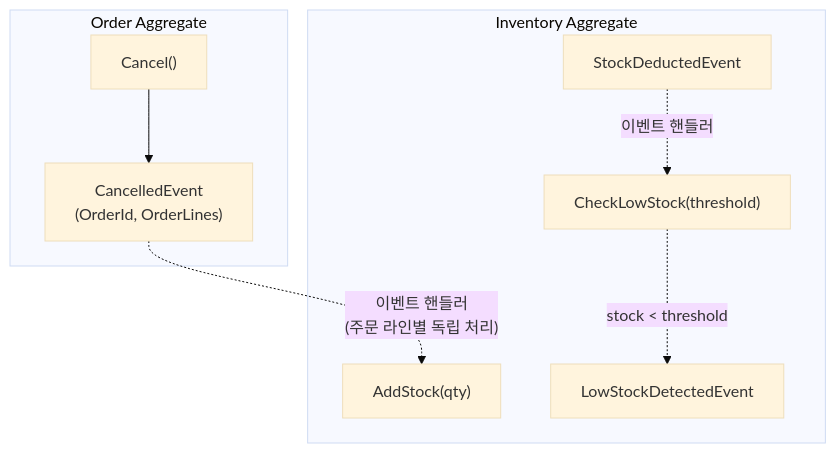
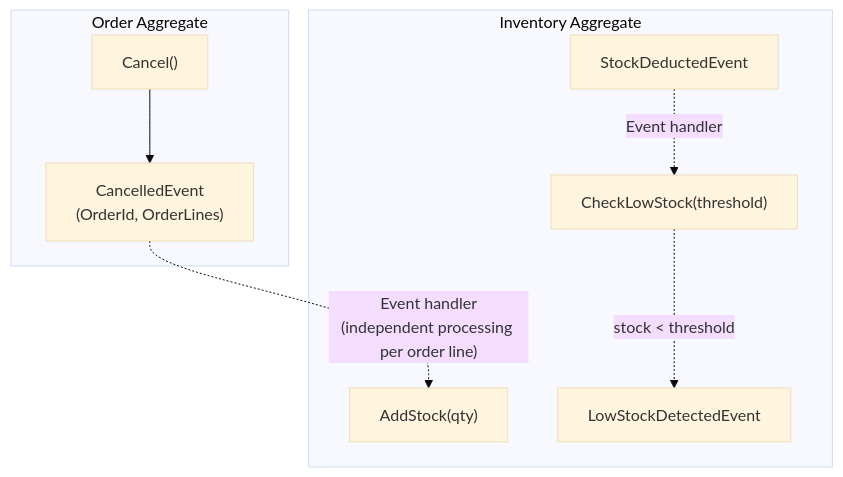
The third of 3 diagrams in Docs.Site/src/content/docs/samples/ecommerce-ddd/domain/00-business-requirements.md (hhko/Functorium), drawn with Mermaid (base theme) before and after one commit. The commit also changed other lines of this file and 39 other files, not shown here.

Commit message:
docs(i18n): ecommerce-ddd 샘플, architecture-rules 튜토리얼, specification 서론 영문 번역

````diff
--- a/Docs.Site/src/content/docs/samples/ecommerce-ddd/domain/00-business-requirements.md
+++ b/Docs.Site/src/content/docs/samples/ecommerce-ddd/domain/00-business-requirements.md
@@ -162,19 +162,19 @@
 ```mermaid
 flowchart TB
     subgraph Order_Aggregate["Order Aggregate"]
         Cancel["Cancel()"]
         CancelledEvent["CancelledEvent\n(OrderId, OrderLines)"]
         Cancel --> CancelledEvent
     end
 
     subgraph Inventory_Aggregate["Inventory Aggregate"]
         AddStock["AddStock(qty)"]
         StockDeductedEvent["StockDeductedEvent"]
         CheckLowStock["CheckLowStock(threshold)"]
         LowStockDetectedEvent["LowStockDetectedEvent"]
         CheckLowStock -.-> |"stock < threshold"| LowStockDetectedEvent
     end
 
-    CancelledEvent -.-> |"이벤트 핸들러\n(주문 라인별 독립 처리)"| AddStock
-    StockDeductedEvent -.-> |"이벤트 핸들러"| CheckLowStock
+    CancelledEvent -.-> |"Event handler\n(independent processing per order line)"| AddStock
+    StockDeductedEvent -.-> |"Event handler"| CheckLowStock
 ```
````
